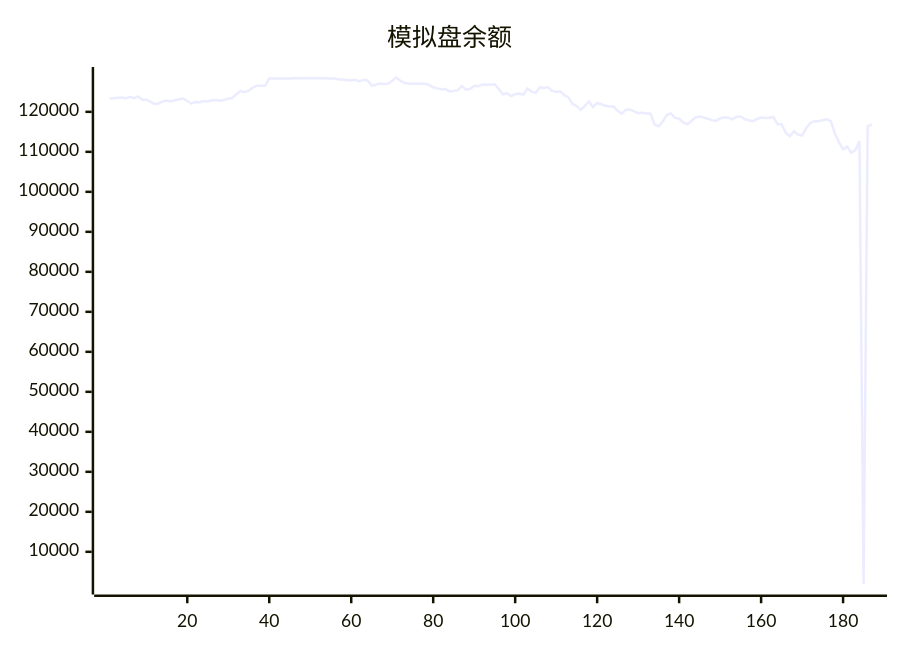
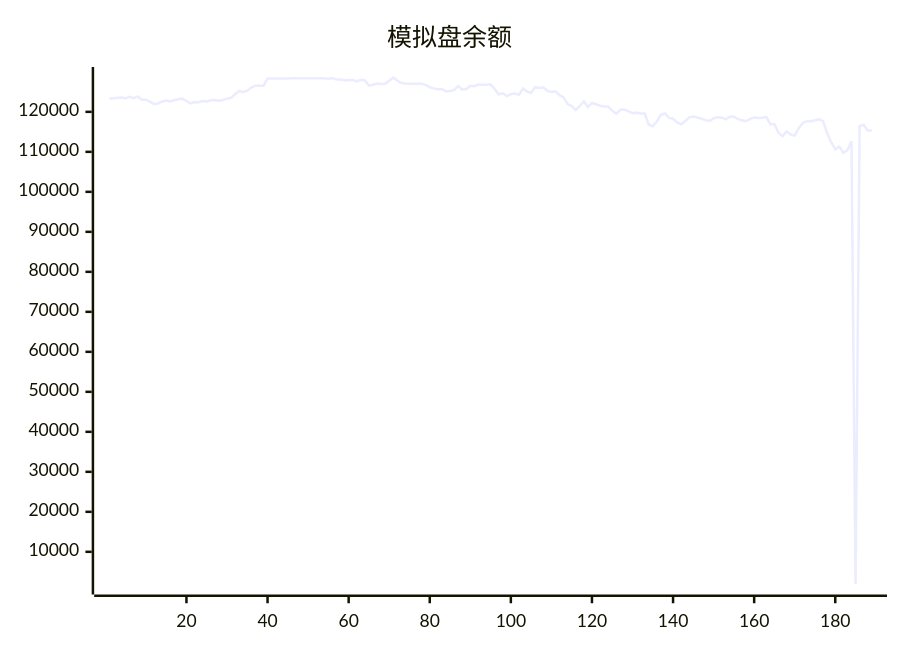
Before and after one commit to aahl/ai-trading: the diagram in README.md, drawn with Mermaid. The commit also changed other lines of this file and 3 other files, not shown here.

````diff
--- a/README.md
+++ b/README.md
@@ -5,5 +5,5 @@
 ```mermaid
 xychart
     title "模拟盘余额"
-    line [123338,123402,123530,123592,123378,123745,123413,123853,123009,123040,122557,121938,122095,122599,122856,122597,122898,123160,123319,122719,122087,122454,122416,122685,122592,122907,122961,122776,122981,123295,123507,124403,125224,124894,125303,126088,126544,126534,126549,128335,128318,128318,128318,128318,128318,128424,128424,128424,128424,128424,128424,128424,128424,128424,128247,128412,128062,128087,127917,127901,128026,127611,128000,127850,126572,126770,127100,126971,127029,127783,128554,127765,127224,127064,127044,127009,127025,127004,126738,126152,125871,125635,125707,125117,125217,125420,126480,125545,125715,126511,126424,126856,126764,126788,126890,125710,124381,124632,123936,124402,124574,124256,125833,125070,124739,126154,125966,126145,125213,124943,125143,124157,123604,121959,121476,120476,121470,122610,121201,122221,121889,121522,121332,121344,120232,119559,120513,120577,120108,119680,119777,119572,119568,116839,116392,117573,119250,119585,118469,118277,117338,116897,117706,118628,118849,118579,118280,117926,117735,118373,118639,118544,118136,118798,118819,118162,117874,117649,118215,118601,118463,118517,118713,116911,116899,114798,113887,115084,114313,114091,115934,117221,117658,117658,117883,118164,117693,114632,112403,110644,111313,109777,110444,112673,1984,116419,116772]
+    line [123338,123402,123530,123592,123378,123745,123413,123853,123009,123040,122557,121938,122095,122599,122856,122597,122898,123160,123319,122719,122087,122454,122416,122685,122592,122907,122961,122776,122981,123295,123507,124403,125224,124894,125303,126088,126544,126534,126549,128335,128318,128318,128318,128318,128318,128424,128424,128424,128424,128424,128424,128424,128424,128424,128247,128412,128062,128087,127917,127901,128026,127611,128000,127850,126572,126770,127100,126971,127029,127783,128554,127765,127224,127064,127044,127009,127025,127004,126738,126152,125871,125635,125707,125117,125217,125420,126480,125545,125715,126511,126424,126856,126764,126788,126890,125710,124381,124632,123936,124402,124574,124256,125833,125070,124739,126154,125966,126145,125213,124943,125143,124157,123604,121959,121476,120476,121470,122610,121201,122221,121889,121522,121332,121344,120232,119559,120513,120577,120108,119680,119777,119572,119568,116839,116392,117573,119250,119585,118469,118277,117338,116897,117706,118628,118849,118579,118280,117926,117735,118373,118639,118544,118136,118798,118819,118162,117874,117649,118215,118601,118463,118517,118713,116911,116899,114798,113887,115084,114313,114091,115934,117221,117658,117658,117883,118164,117693,114632,112403,110644,111313,109777,110444,112673,1984,116419,116772,115355,115355]
 ```
````
